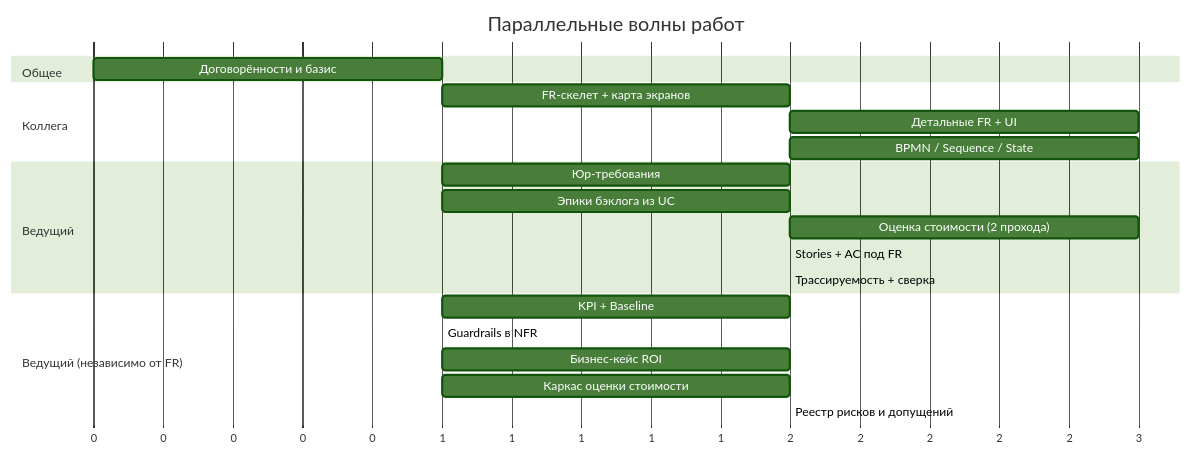
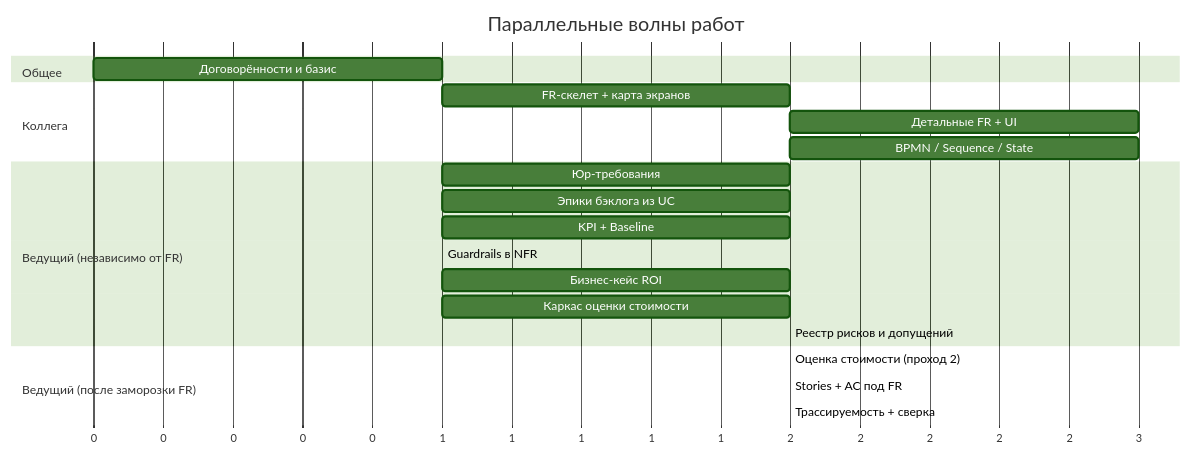
The diagram in docs/system_analysis/roadmap_and_plan.md (igorvolk1961/water_checker), drawn with Mermaid (forest theme) before and after one commit.

Commit message:
Clarify lead ownership of legal requirements in roadmap Gantt

````diff
--- a/docs/system_analysis/roadmap_and_plan.md
+++ b/docs/system_analysis/roadmap_and_plan.md
@@ -38,24 +38,24 @@
 ```mermaid
 gantt
     title Параллельные волны работ
     dateFormat X
     axisFormat %s
     section Общее
     Договорённости и базис      :a1, 0, 1
     section Коллега
     FR-скелет + карта экранов   :c1, after a1, 2
     Детальные FR + UI           :c2, after c1, 3
     BPMN / Sequence / State     :c3, after c1, 3
-    section Ведущий
+    section Ведущий (независимо от FR)
     Юр-требования               :b1, after a1, 2
     Эпики бэклога из UC         :b2, after a1, 2
-    Оценка стоимости (2 прохода):b3, after b2, 3
-    Stories + AC под FR         :b4, after c2, 2
-    Трассируемость + сверка     :b5, after b4, 2
-    section Ведущий (независимо от FR)
     KPI + Baseline              :d1, after a1, 2
     Guardrails в NFR            :d2, after d1, 1
     Бизнес-кейс ROI             :d3, after a1, 2
     Каркас оценки стоимости     :d4, after a1, 2
     Реестр рисков и допущений   :d5, after d1, 2
+    section Ведущий (после заморозки FR)
+    Оценка стоимости (проход 2) :b3, after c2, 2
+    Stories + AC под FR         :b4, after c2, 2
+    Трассируемость + сверка     :b5, after b4, 2
 ```
````
